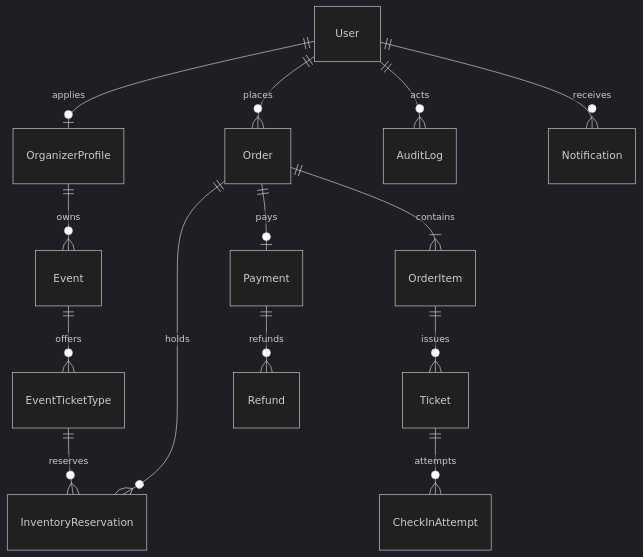
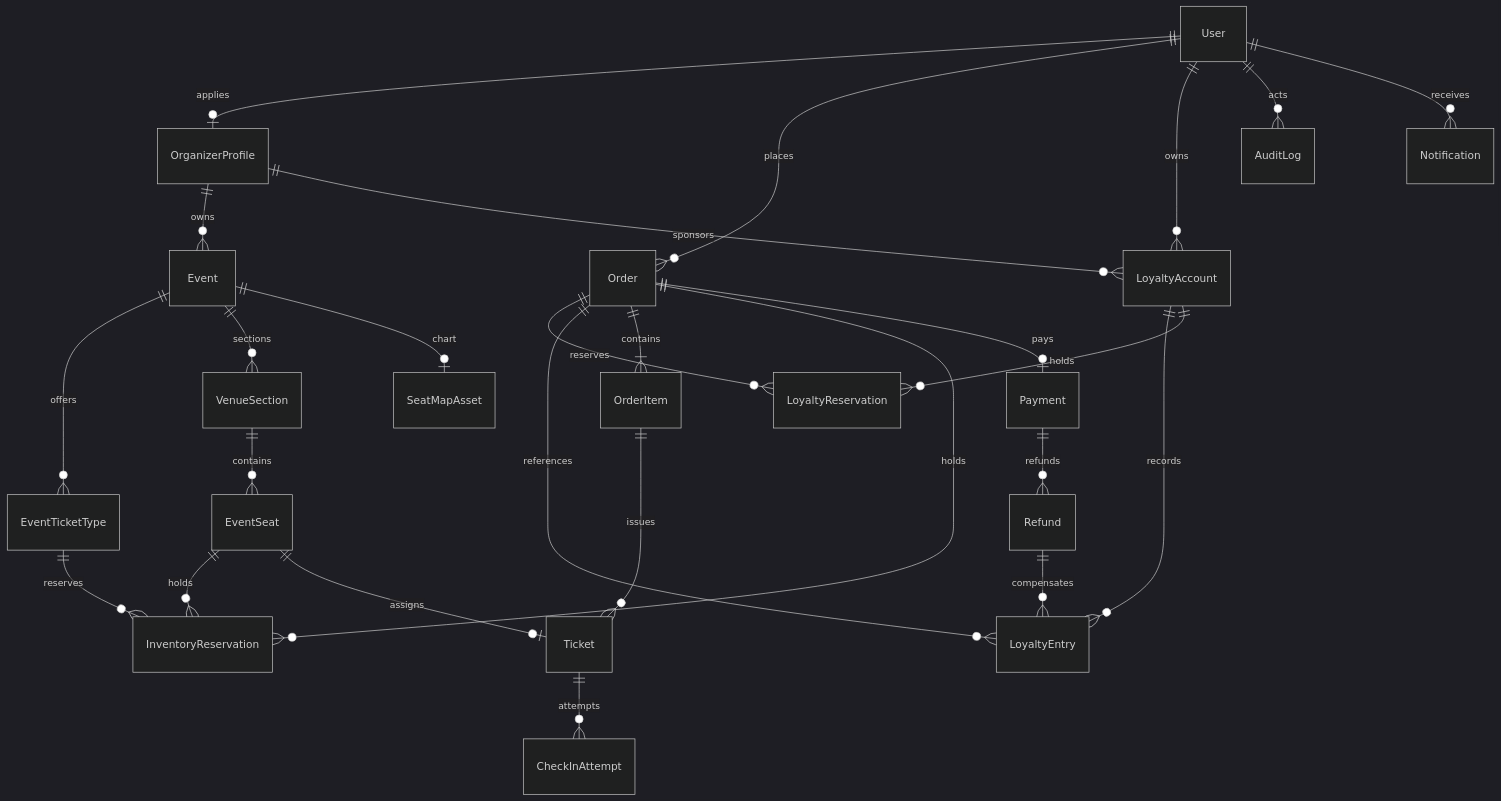
Before and after one commit to Fajrunshubhi/MyTicketIn: the second of 5 diagrams in architecture-essentials.md, drawn with Mermaid (dark theme). The commit also changed other lines of this file and 406 other files, not shown here.

````diff
--- a/architecture-essentials.md
+++ b/architecture-essentials.md
@@ -162,16 +140,28 @@
 ```mermaid
 erDiagram
   User ||--o| OrganizerProfile : applies
   User ||--o{ Order : places
   OrganizerProfile ||--o{ Event : owns
+  OrganizerProfile ||--o{ LoyaltyAccount : sponsors
+  User ||--o{ LoyaltyAccount : owns
+  LoyaltyAccount ||--o{ LoyaltyEntry : records
+  LoyaltyAccount ||--o{ LoyaltyReservation : holds
+  Order ||--o{ LoyaltyReservation : reserves
+  Order ||--o{ LoyaltyEntry : references
+  Refund ||--o{ LoyaltyEntry : compensates
   Event ||--o{ EventTicketType : offers
+  Event ||--o{ VenueSection : sections
+  Event ||--o| SeatMapAsset : chart
+  VenueSection ||--o{ EventSeat : contains
   EventTicketType ||--o{ InventoryReservation : reserves
+  EventSeat ||--o{ InventoryReservation : holds
   Order ||--|{ OrderItem : contains
   Order ||--o{ InventoryReservation : holds
   Order ||--o| Payment : pays
   OrderItem ||--o{ Ticket : issues
+  EventSeat ||--o| Ticket : assigns
   Ticket ||--o{ CheckInAttempt : attempts
   Payment ||--o{ Refund : refunds
   User ||--o{ AuditLog : acts
   User ||--o{ Notification : receives
 ```
````
